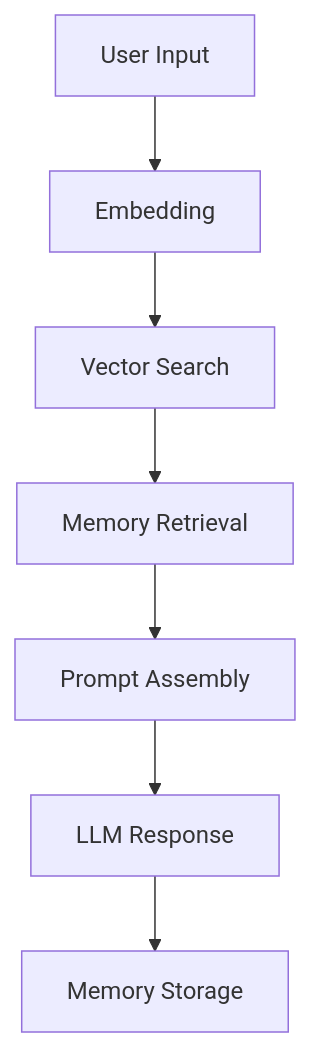
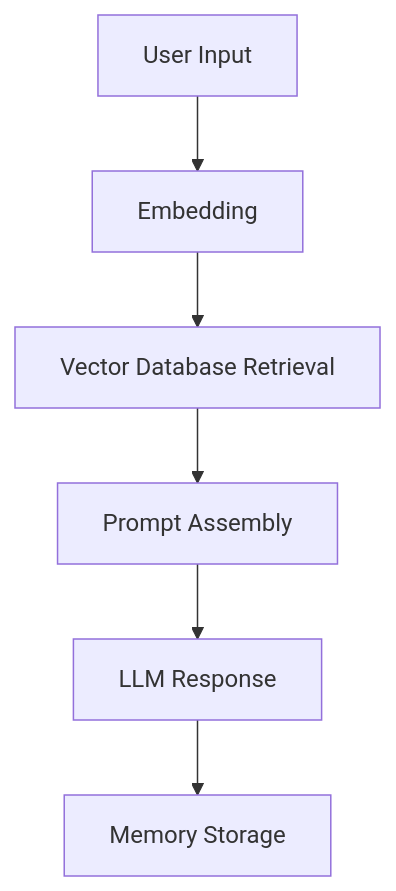
The diagram in README.md (WHYdr/llm-memory-agent), drawn with Mermaid before and after one commit. The commit also changed other lines of this file, not shown here.

````diff
--- a/README.md
+++ b/README.md
@@ -54,9 +55,8 @@
 ```mermaid
 graph TD
     A[User Input] --> B[Embedding]
-    B --> C[Vector Search]
-    C --> D[Memory Retrieval]
-    D --> E[Prompt Assembly]
-    E --> F[LLM Response]
-    F --> G[Memory Storage]
+    B --> C[Vector Database Retrieval]
+    C --> D[Prompt Assembly]
+    D --> E[LLM Response]
+    E --> F[Memory Storage]
 ```
````
